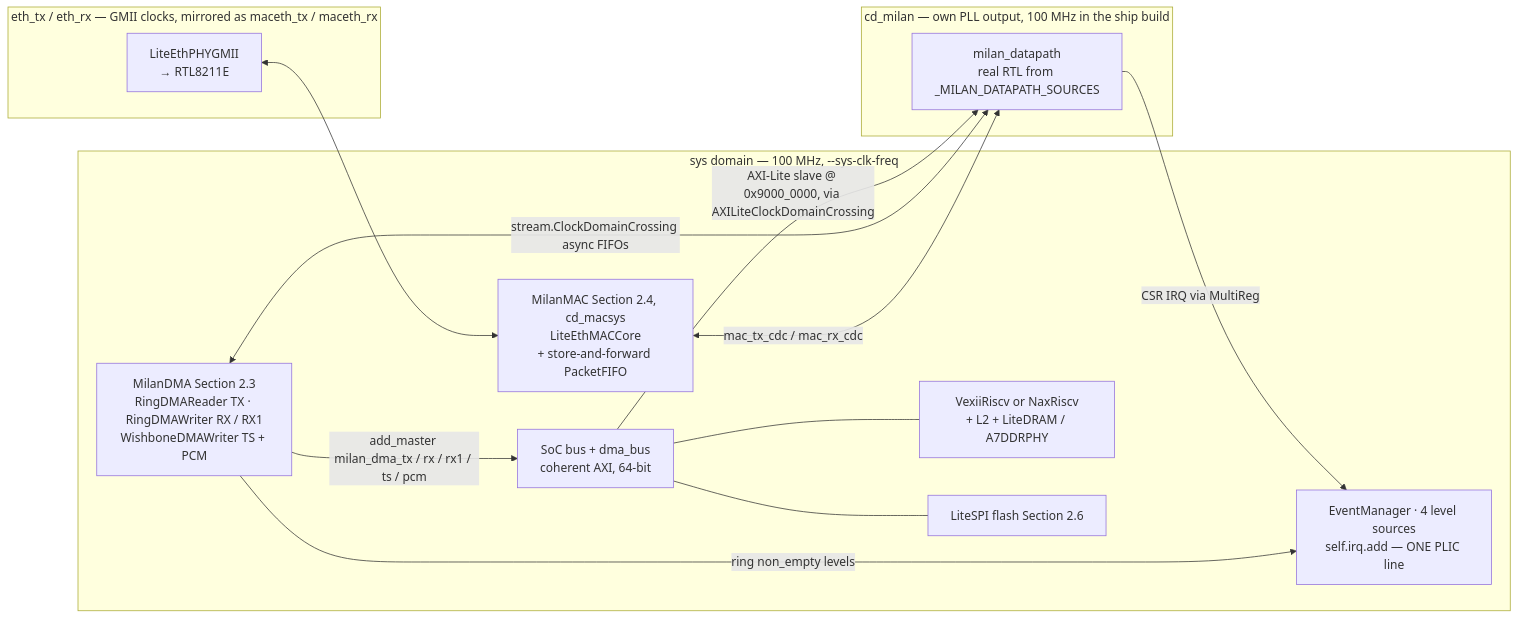
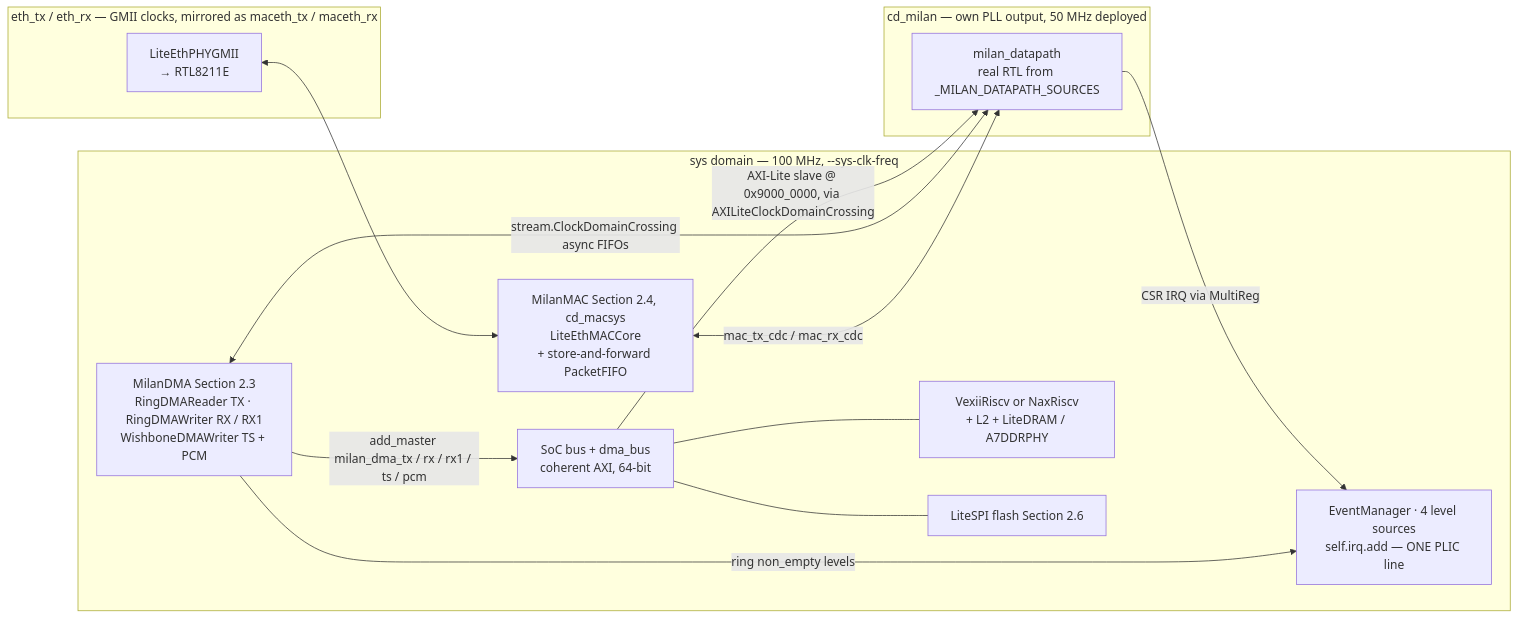
Before and after one commit to kebag-logic/milan-fpga: the diagram in docs/litex/LITEX_SOC.md, drawn with Mermaid. The commit also changed other lines of this file and 24 other files, not shown here.

````diff
--- a/docs/litex/LITEX_SOC.md
+++ b/docs/litex/LITEX_SOC.md
@@ -69,29 +69,29 @@
 ```mermaid
 flowchart LR
     subgraph ETH["eth_tx / eth_rx — GMII clocks, mirrored as maceth_tx / maceth_rx"]
         PHY["LiteEthPHYGMII<br/>→ RTL8211E"]
     end
 
-    subgraph MCD["cd_milan — own PLL output, 100 MHz in the ship build"]
+    subgraph MCD["cd_milan — own PLL output, 50 MHz deployed"]
         DP["milan_datapath<br/>real RTL from _MILAN_DATAPATH_SOURCES"]
     end
 
     subgraph SYS["sys domain — 100 MHz, --sys-clk-freq"]
         MACSYS["MilanMAC Section 2.4, cd_macsys<br/>LiteEthMACCore<br/>+ store-and-forward PacketFIFO"]
         DMA["MilanDMA Section 2.3<br/>RingDMAReader TX · RingDMAWriter RX / RX1<br/>WishboneDMAWriter TS + PCM"]
         BUS["SoC bus + dma_bus<br/>coherent AXI, 64-bit"]
         CPU["VexiiRiscv or NaxRiscv<br/>+ L2 + LiteDRAM / A7DDRPHY"]
         QSPI["LiteSPI flash Section 2.6"]
         EV["EventManager · 4 level sources<br/>self.irq.add — ONE PLIC line"]
     end
 
     PHY <--> MACSYS
     MACSYS <-->|"mac_tx_cdc / mac_rx_cdc"| DP
     DMA <-->|"stream.ClockDomainCrossing async FIFOs"| DP
     DMA -->|"add_master milan_dma_tx / rx / rx1 / ts / pcm"| BUS
     BUS --- CPU
     BUS --- QSPI
     BUS -->|"AXI-Lite slave @ 0x9000_0000, via AXILiteClockDomainCrossing"| DP
     DMA -->|"ring non_empty levels"| EV
     DP -->|"CSR IRQ via MultiReg"| EV
 ```
````
